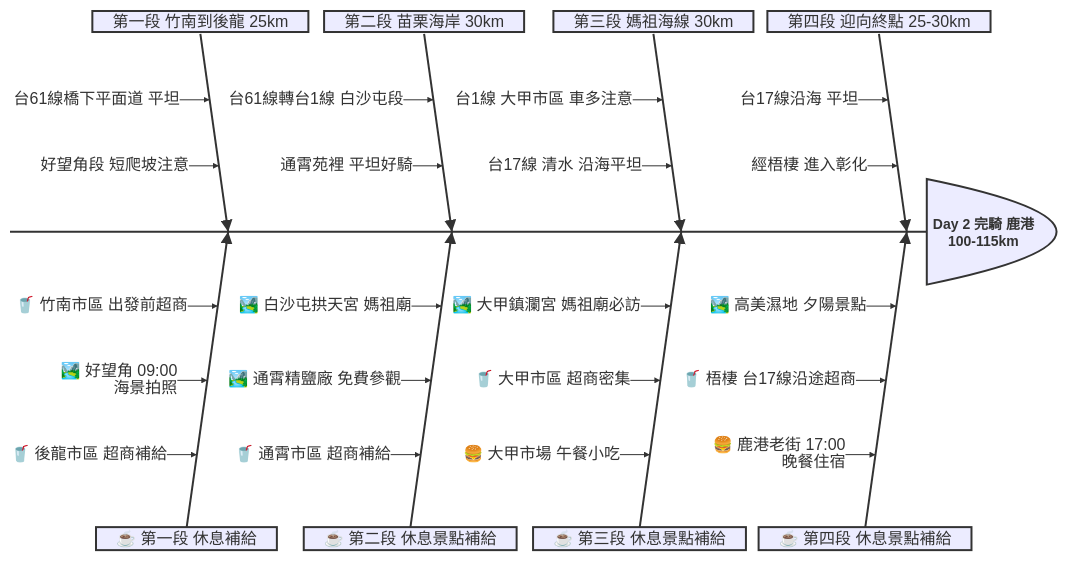
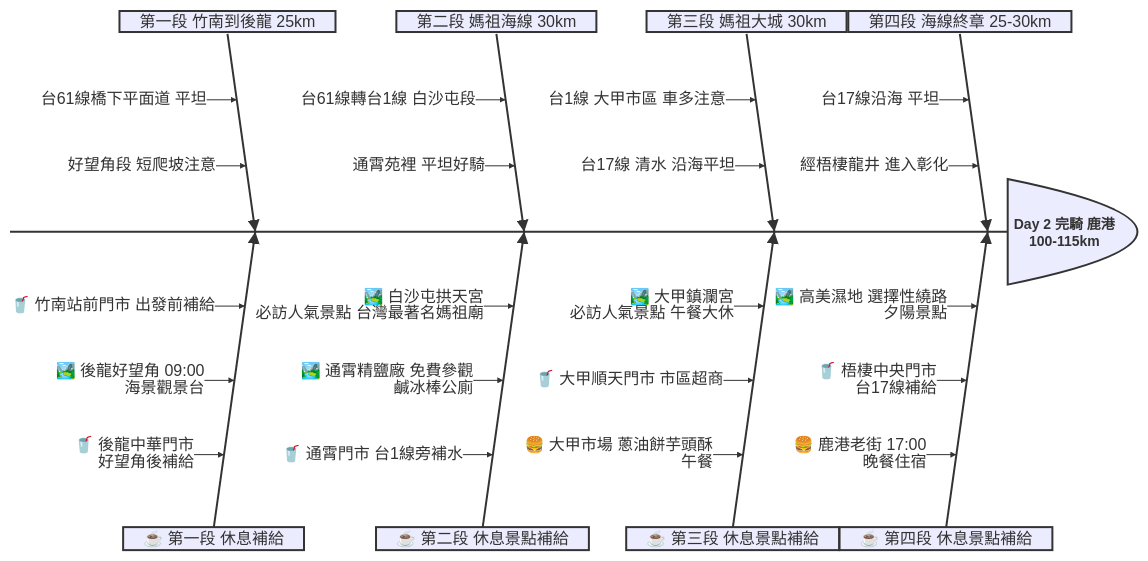
Before and after one commit to chinqan/CyclingTW: the diagram in day2/day2.md, drawn with Mermaid. The commit also changed other lines of this file and 13 other files, not shown here.

````diff
--- a/day2/day2.md
+++ b/day2/day2.md
@@ -18,32 +26,32 @@
 ```mermaid
 ishikawa-beta
     Day 2 完騎 鹿港 100-115km
-    第四段 迎向終點 25-30km
+    第四段 海線終章 25-30km
         台17線沿海 平坦
-        經梧棲 進入彰化
+        經梧棲龍井 進入彰化
     ☕️ 第四段 休息景點補給
-        🏞️ 高美濕地 夕陽景點
-        🥤 梧棲 台17線沿途超商
+        🏞️ 高美濕地 選擇性繞路 夕陽景點
+        🥤 梧棲中央門市 台17線補給
         🍔 鹿港老街 17:00 晚餐住宿
-    第三段 媽祖海線 30km
+    第三段 媽祖大城 30km
         台1線 大甲市區 車多注意
         台17線 清水 沿海平坦
     ☕️ 第三段 休息景點補給
-        🏞️ 大甲鎮瀾宮 媽祖廟必訪
-        🥤 大甲市區 超商密集
-        🍔 大甲市場 午餐小吃
-    第二段 苗栗海岸 30km
+        🏞️ 大甲鎮瀾宮 必訪人氣景點 午餐大休
+        🥤 大甲順天門市 市區超商
+        🍔 大甲市場 蔥油餅芋頭酥 午餐
+    第二段 媽祖海線 30km
         台61線轉台1線 白沙屯段
         通霄苑裡 平坦好騎
     ☕️ 第二段 休息景點補給
-        🏞️ 白沙屯拱天宮 媽祖廟
-        🏞️ 通霄精鹽廠 免費參觀
-        🥤 通霄市區 超商補給
+        🏞️ 白沙屯拱天宮 必訪人氣景點 台灣最著名媽祖廟
+        🏞️ 通霄精鹽廠 免費參觀 鹹冰棒公廁
+        🥤 通霄門市 台1線旁補水
     第一段 竹南到後龍 25km
         台61線橋下平面道 平坦
         好望角段 短爬坡注意
     ☕️ 第一段 休息補給
-        🥤 竹南市區 出發前超商
-        🏞️ 好望角 09:00 海景拍照
-        🥤 後龍市區 超商補給
+        🥤 竹南站前門市 出發前補給
+        🏞️ 後龍好望角 09:00 海景觀景台
+        🥤 後龍中華門市 好望角後補給
 ```
````
